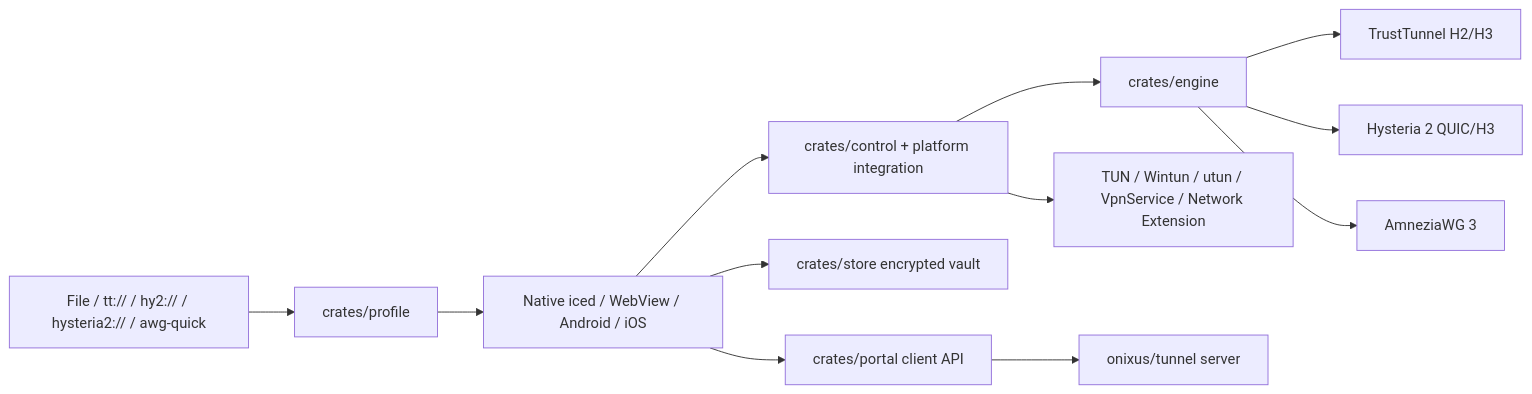
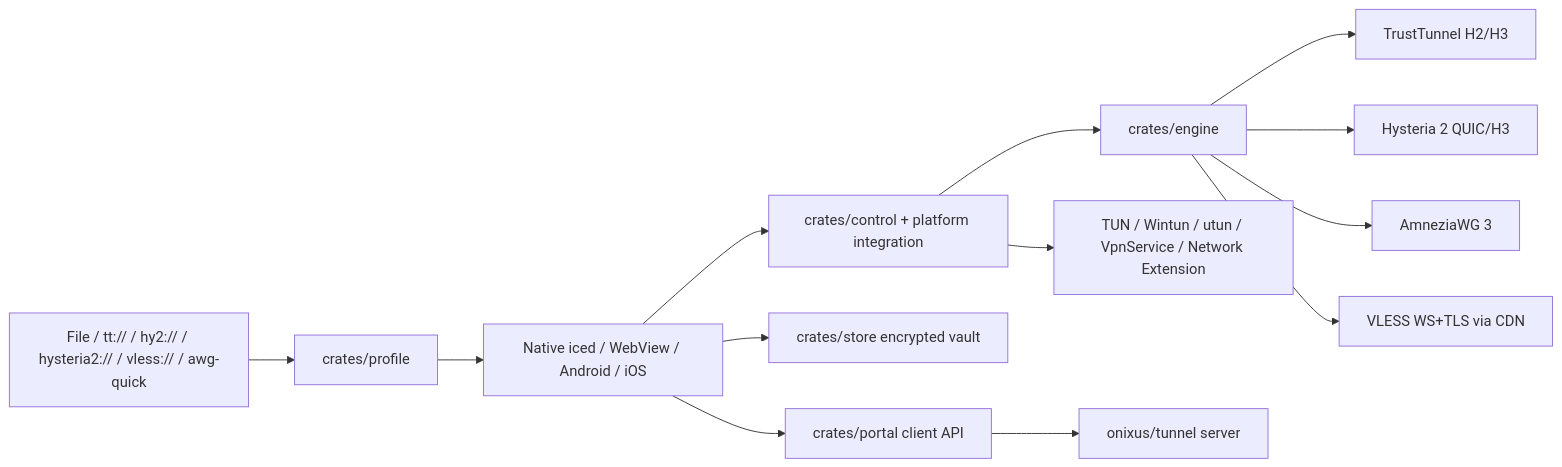
Before and after one commit to onixus/Rust-trustvpn: the diagram in docs/architecture.md, drawn with Mermaid. The commit also changed other lines of this file and 14 other files, not shown here.

````diff
--- a/docs/architecture.md
+++ b/docs/architecture.md
@@ -27,14 +27,15 @@
 ```mermaid
 flowchart LR
-  I[File / tt:// / hy2:// / hysteria2:// / awg-quick] --> P[crates/profile]
+  I[File / tt:// / hy2:// / hysteria2:// / vless:// / awg-quick] --> P[crates/profile]
   P --> UI[Native iced / WebView / Android / iOS]
   UI --> C[crates/control + platform integration]
   C --> E[crates/engine]
   E --> TT[TrustTunnel H2/H3]
   E --> HY[Hysteria 2 QUIC/H3]
   E --> AWG[AmneziaWG 3]
+  E --> VL[VLESS WS+TLS via CDN]
   C --> TUN[TUN / Wintun / utun / VpnService / Network Extension]
   UI --> S[crates/store encrypted vault]
   UI --> PORTAL[crates/portal client API]
   PORTAL --> EXT[onixus/tunnel server]
 ```
````
